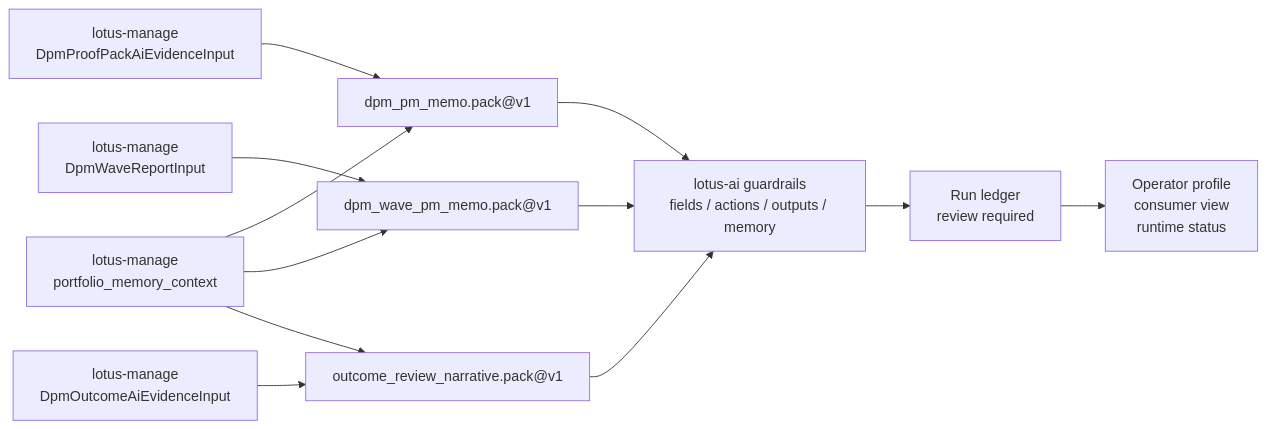
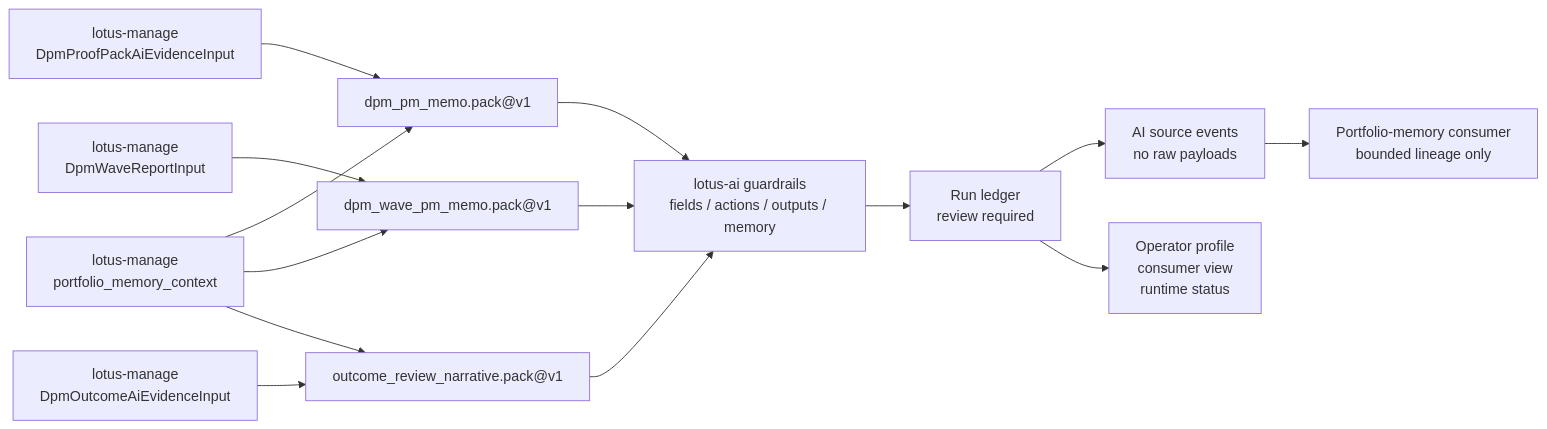
Before and after one commit to sgajbi/lotus-ai: the diagram in wiki/Platform-Surfaces.md, drawn with Mermaid. The commit also changed other lines of this file and 9 other files, not shown here.

Commit message:
Add AI workflow-pack source events

````diff
--- a/wiki/Platform-Surfaces.md
+++ b/wiki/Platform-Surfaces.md
@@ -140,14 +149,16 @@
 ```mermaid
 flowchart LR
     ProofPack["lotus-manage\nDpmProofPackAiEvidenceInput"] --> MemoPack["dpm_pm_memo.pack@v1"]
     Wave["lotus-manage\nDpmWaveReportInput"] --> WavePack["dpm_wave_pm_memo.pack@v1"]
     Outcome["lotus-manage\nDpmOutcomeAiEvidenceInput"] --> OutcomePack["outcome_review_narrative.pack@v1"]
     Memory["lotus-manage\nportfolio_memory_context"] --> MemoPack
     Memory --> WavePack
     Memory --> OutcomePack
     MemoPack --> Guardrails["lotus-ai guardrails\nfields / actions / outputs / memory"]
     WavePack --> Guardrails
     OutcomePack --> Guardrails
     Guardrails --> Ledger["Run ledger\nreview required"]
+    Ledger --> SourceEvents["AI source events\nno raw payloads"]
     Ledger --> Operator["Operator profile\nconsumer view\nruntime status"]
+    SourceEvents --> MemoryConsumer["Portfolio-memory consumer\nbounded lineage only"]
 ```
````
